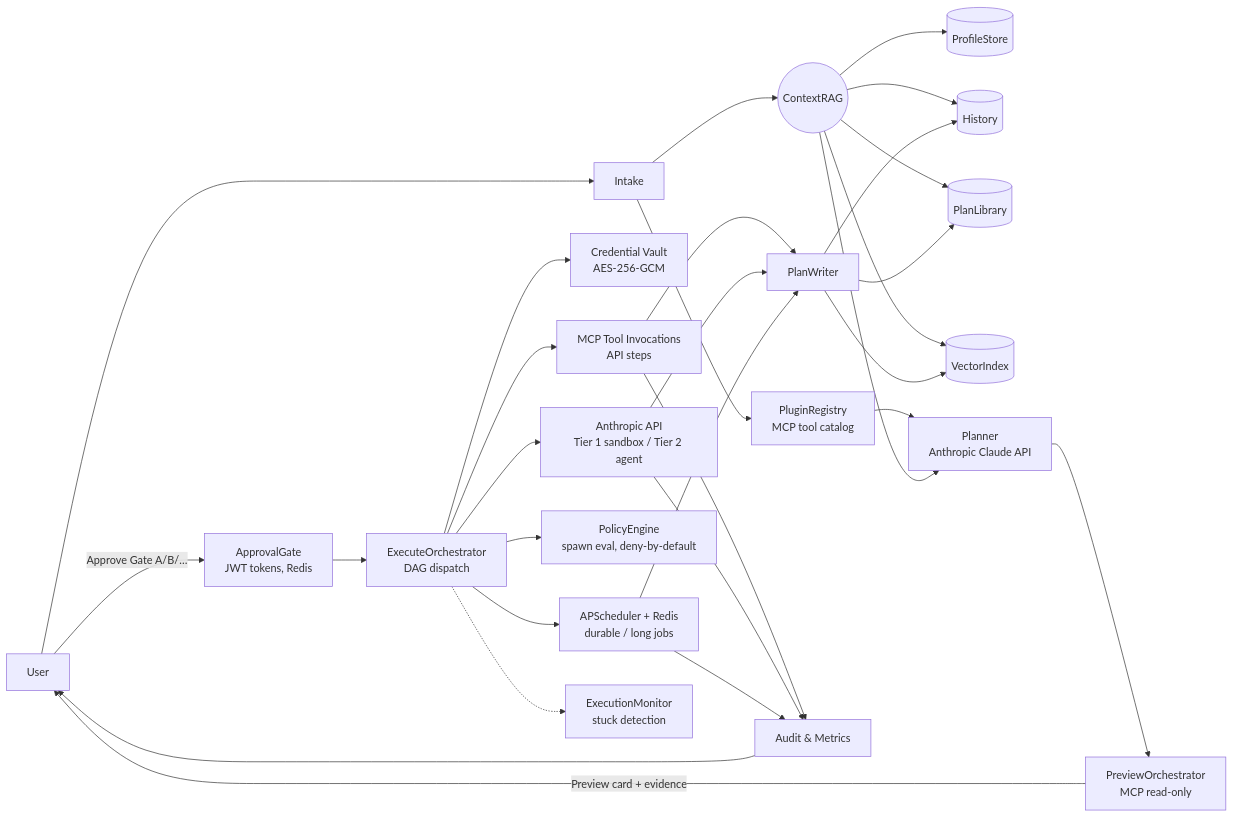
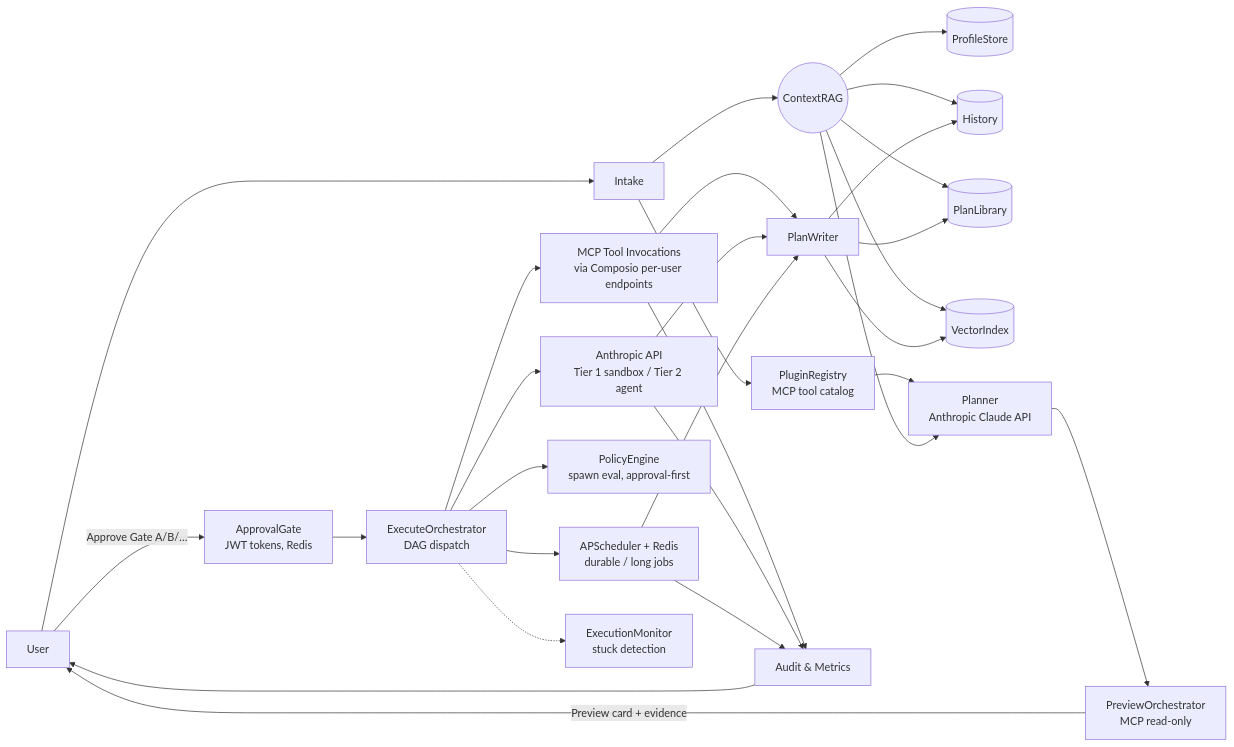
The diagram in docs/architecture/diagrams/HLD.md (AnantshreeChandola/Aexor), drawn with Mermaid before and after one commit. The commit also changed 113 other files, not shown here.

````diff
--- a/docs/architecture/diagrams/HLD.md
+++ b/docs/architecture/diagrams/HLD.md
@@ -1,48 +1,47 @@
 ```mermaid
 flowchart LR
   %% ── Interface Layer ──
   U[User] --> IN[Intake]
 
   %% ── Memory Layer ──
   IN --> RAG((ContextRAG))
   RAG --> PS[(ProfileStore)]
   RAG --> HIST[(History)]
   RAG --> PLIB[(PlanLibrary)]
   RAG --> VI[(VectorIndex)]
 
   %% ── Domain Layer: Planning ──
   IN --> REG[PluginRegistry\nMCP tool catalog]
   REG --> PLAN[Planner\nAnthropic Claude API]
   RAG --> PLAN
   %% ── Orchestration Layer: Preview ──
   PLAN --> PREV[PreviewOrchestrator\nMCP read-only]
   PREV -->|Preview card + evidence| U
 
   %% ── Orchestration Layer: Approve ──
   U -->|Approve Gate A/B/…| GATE[ApprovalGate\nJWT tokens, Redis]
 
   %% ── Orchestration Layer: Execute ──
   GATE --> EXE[ExecuteOrchestrator\nDAG dispatch]
-  EXE --> CRED[Credential Vault\nAES-256-GCM]
-  EXE --> MCP[MCP Tool Invocations\nAPI steps]
+  EXE --> MCP[MCP Tool Invocations\nvia Composio per-user endpoints]
   EXE --> LLM[Anthropic API\nTier 1 sandbox / Tier 2 agent]
-  EXE --> PE[PolicyEngine\nspawn eval, deny-by-default]
+  EXE --> PE[PolicyEngine\nspawn eval, approval-first]
   EXE --> SCHED[APScheduler + Redis\ndurable / long jobs]
 
   %% ── Orchestration Layer: Monitor ──
   EXE -.-> MON[ExecutionMonitor\nstuck detection]
 
   %% ── Write-back ──
   MCP --> PW[PlanWriter]
   LLM --> PW
   SCHED --> PW
   PW --> PLIB
   PW --> HIST
   PW --> VI
 
   %% ── Platform Layer ──
   MCP --> AUD[Audit & Metrics]
   LLM --> AUD
   SCHED --> AUD
   AUD --> U
 ```
````
